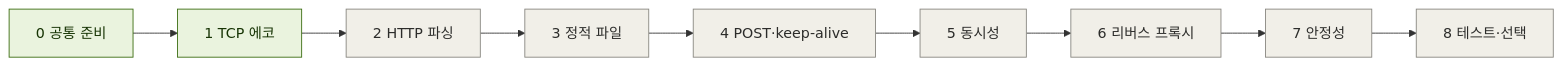
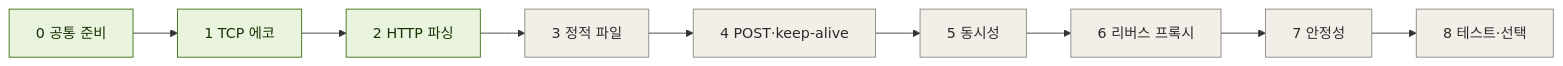
The diagram in docs/progress.md (hnjee/mini-webserver), drawn with Mermaid before and after one commit. The commit also changed other lines of this file and 22 other files, not shown here.

````diff
--- a/docs/progress.md
+++ b/docs/progress.md
@@ -7,12 +7,12 @@
 ```mermaid
 flowchart LR
     S0["0 공통 준비"] --> S1["1 TCP 에코"] --> S2["2 HTTP 파싱"] --> S3["3 정적 파일"] --> S4["4 POST·keep-alive"]
     S4 --> S5["5 동시성"] --> S6["6 리버스 프록시"] --> S7["7 안정성"] --> S8["8 테스트·선택"]
 
     classDef todo fill:#F1EFE8,stroke:#888780,color:#2C2C2A
     classDef doing fill:#E6F1FB,stroke:#185FA5,color:#042C53
     classDef done fill:#EAF3DE,stroke:#3B6D11,color:#173404
     classDef blocked fill:#FCEBEB,stroke:#A32D2D,color:#501313
-    class S0,S1 done
-    class S2,S3,S4,S5,S6,S7,S8 todo
+    class S0,S1,S2 done
+    class S3,S4,S5,S6,S7,S8 todo
 ```
````
